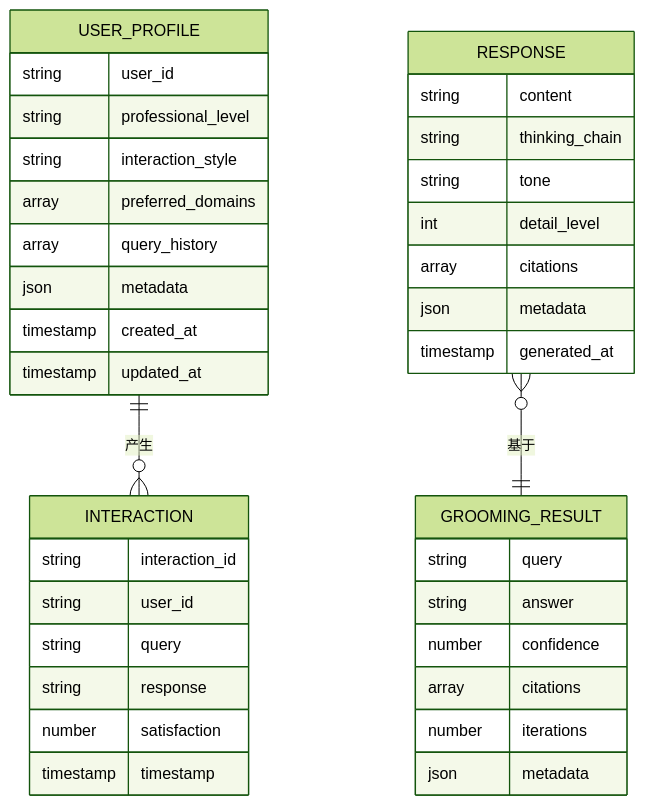
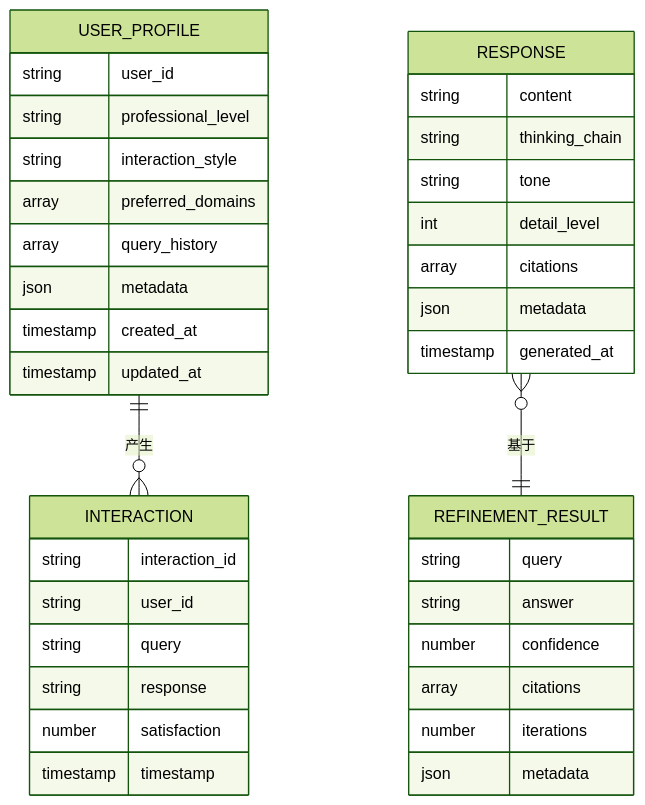
The eighth of 9 diagrams in .qoder/repowiki/zh/content/核心模块详解/Purr Interface - 交互层/Purr Interface - 交互层.md (JieGaoPrinceton/NecoRAG), drawn with Mermaid (forest theme) before and after one commit. The commit also changed other lines of this file and 23 other files, not shown here.

````diff
--- a/.qoder/repowiki/zh/content/核心模块详解/Purr Interface - 交互层/Purr Interface - 交互层.md
+++ b/.qoder/repowiki/zh/content/核心模块详解/Purr Interface - 交互层/Purr Interface - 交互层.md
@@ -282,40 +298,40 @@
 ```mermaid
 erDiagram
 USER_PROFILE {
 string user_id
 string professional_level
 string interaction_style
 array preferred_domains
 array query_history
 json metadata
 timestamp created_at
 timestamp updated_at
 }
 INTERACTION {
 string interaction_id
 string user_id
 string query
 string response
 number satisfaction
 timestamp timestamp
 }
 RESPONSE {
 string content
 string thinking_chain
 string tone
 int detail_level
 array citations
 json metadata
 timestamp generated_at
 }
-GROOMING_RESULT {
+REFINEMENT_RESULT {
 string query
 string answer
 number confidence
 array citations
 number iterations
 json metadata
 }
 USER_PROFILE ||--o{ INTERACTION : "产生"
-RESPONSE }o--|| GROOMING_RESULT : "基于"
+RESPONSE }o--|| REFINEMENT_RESULT : "基于"
 ```
````
